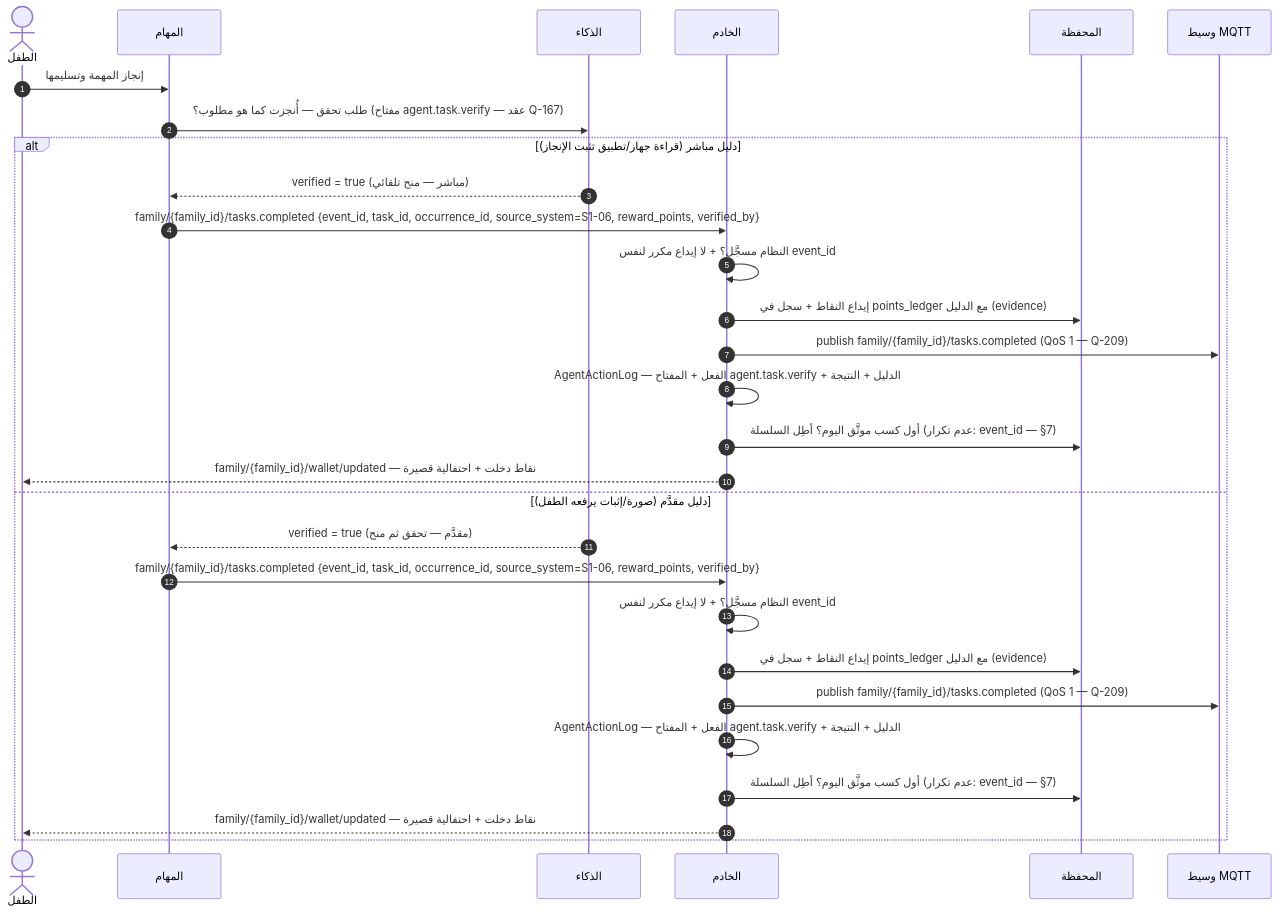
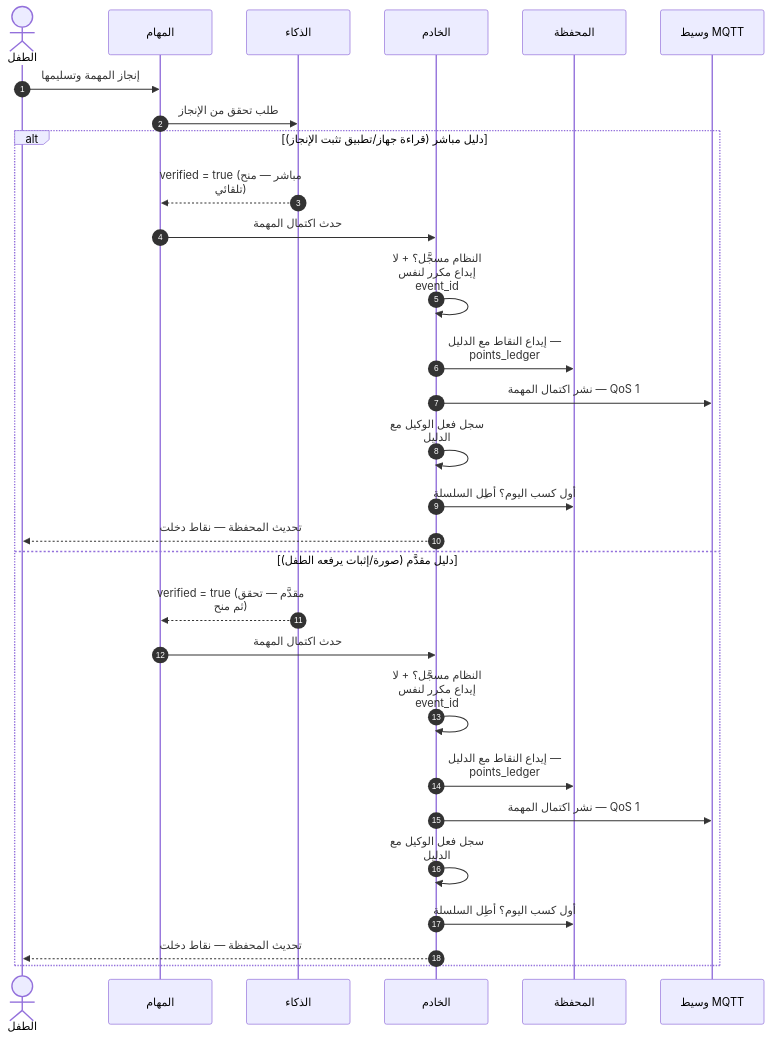
The fifth of 26 diagrams in docs/family-os/governance/phases/phase-1/S1-05-rewards-children/DIAGRAMS.md (Bassam-mohammed-alqaeadi/family-os-v2), drawn with Mermaid before and after one commit. The commit also changed other lines of this file, not shown here.

````diff
--- a/docs/family-os/governance/phases/phase-1/S1-05-rewards-children/DIAGRAMS.md
+++ b/docs/family-os/governance/phases/phase-1/S1-05-rewards-children/DIAGRAMS.md
@@ -234,31 +251,32 @@
 ```mermaid
+%%{init: {"sequence": {"wrap": true}}}%%
 sequenceDiagram
     autonumber
     actor Child as الطفل
     participant S106 as المهام
     participant AI as الذكاء
     participant Ktor as الخادم
-    participant Wallet as المحفظة
+    participant S105 as المحفظة
     participant MQTT as وسيط MQTT
     Child->>S106: إنجاز المهمة وتسليمها
-    S106->>AI: طلب تحقق — أُنجزت كما هو مطلوب؟ (مفتاح agent.task.verify — عقد Q-167)
+    S106->>AI: طلب تحقق من الإنجاز
     alt دليل مباشر (قراءة جهاز/تطبيق تثبت الإنجاز)
         AI-->>S106: verified = true (مباشر — منح تلقائي)
-        S106->>Ktor: family/{family_id}/tasks.completed {event_id, task_id, occurrence_id, source_system=S1-06, reward_points, verified_by}
+        S106->>Ktor: حدث اكتمال المهمة
         Ktor->>Ktor: النظام مسجَّل؟ + لا إيداع مكرر لنفس event_id
-        Ktor->>Wallet: إيداع النقاط + سجل في points_ledger مع الدليل (evidence)
-        Ktor->>MQTT: publish family/{family_id}/tasks.completed (QoS 1 — Q-209)
-        Ktor->>Ktor: AgentActionLog — الفعل + المفتاح agent.task.verify + الدليل + النتيجة
-        Ktor->>Wallet: أول كسب موثَّق اليوم؟ أطِل السلسلة (عدم تكرار: event_id — §7)
-        Ktor-->>Child: family/{family_id}/wallet/updated — نقاط دخلت + احتفالية قصيرة
+        Ktor->>S105: إيداع النقاط مع الدليل — points_ledger
+        Ktor->>MQTT: نشر اكتمال المهمة — QoS 1
+        Ktor->>Ktor: سجل فعل الوكيل مع الدليل
+        Ktor->>S105: أول كسب اليوم؟ أطِل السلسلة
+        Ktor-->>Child: تحديث المحفظة — نقاط دخلت
     else دليل مقدَّم (صورة/إثبات يرفعه الطفل)
         AI-->>S106: verified = true (مقدَّم — تحقق ثم منح)
-        S106->>Ktor: family/{family_id}/tasks.completed {event_id, task_id, occurrence_id, source_system=S1-06, reward_points, verified_by}
+        S106->>Ktor: حدث اكتمال المهمة
         Ktor->>Ktor: النظام مسجَّل؟ + لا إيداع مكرر لنفس event_id
-        Ktor->>Wallet: إيداع النقاط + سجل في points_ledger مع الدليل (evidence)
-        Ktor->>MQTT: publish family/{family_id}/tasks.completed (QoS 1 — Q-209)
-        Ktor->>Ktor: AgentActionLog — الفعل + المفتاح agent.task.verify + الدليل + النتيجة
-        Ktor->>Wallet: أول كسب موثَّق اليوم؟ أطِل السلسلة (عدم تكرار: event_id — §7)
-        Ktor-->>Child: family/{family_id}/wallet/updated — نقاط دخلت + احتفالية قصيرة
+        Ktor->>S105: إيداع النقاط مع الدليل — points_ledger
+        Ktor->>MQTT: نشر اكتمال المهمة — QoS 1
+        Ktor->>Ktor: سجل فعل الوكيل مع الدليل
+        Ktor->>S105: أول كسب اليوم؟ أطِل السلسلة
+        Ktor-->>Child: تحديث المحفظة — نقاط دخلت
     end
 ```
````
